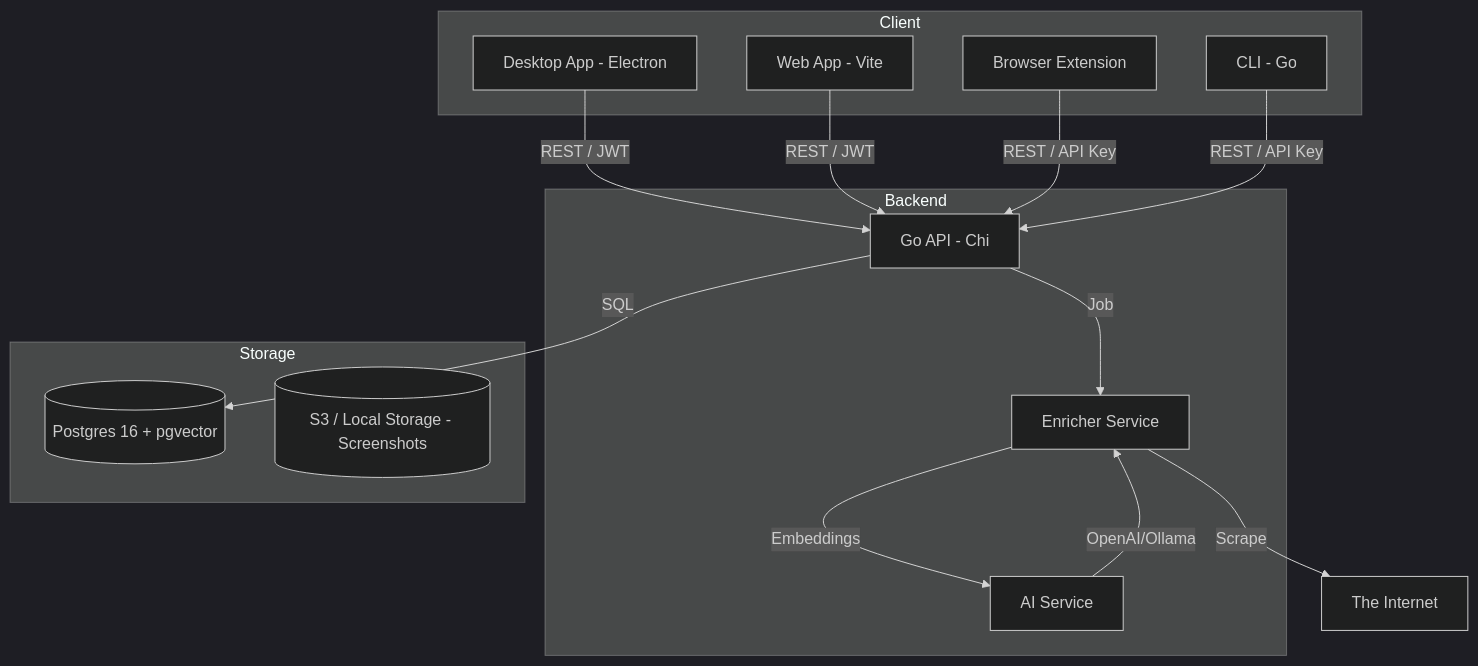
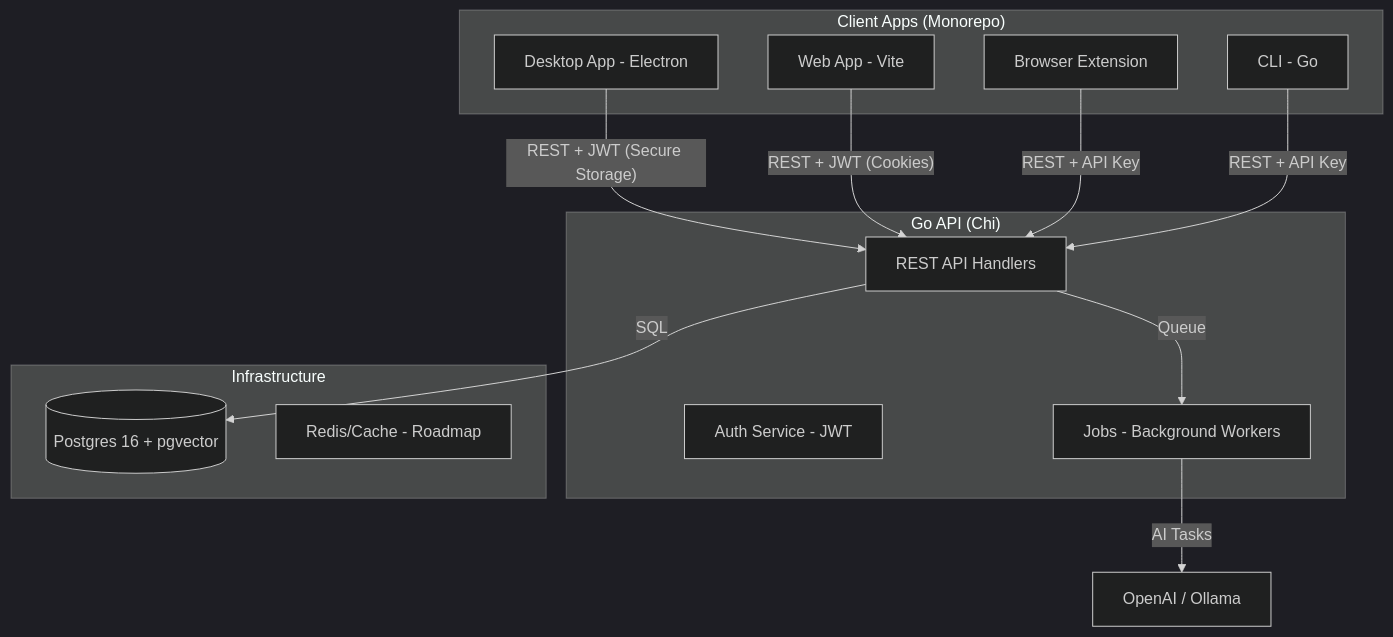
Before and after one commit to tiagofur/dev_deck: the diagram in docs/ARCHITECTURE.md, drawn with Mermaid (dark theme). The commit also changed other lines of this file and 12 other files, not shown here.

Commit message:
fix(backend): fix auth unique constraint and ambiguous columns in cheatsheets

````diff
--- a/docs/ARCHITECTURE.md
+++ b/docs/ARCHITECTURE.md
@@ -11,31 +11,29 @@
 ```mermaid
 graph TD
-    subgraph Client
+    subgraph Client ["Client Apps (Monorepo)"]
         D[Desktop App - Electron]
         W[Web App - Vite]
         E[Browser Extension]
         C[CLI - Go]
     end
 
-    subgraph Backend
-        G[Go API - Chi]
-        E1[Enricher Service]
-        A1[AI Service]
+    subgraph Backend ["Go API (Chi)"]
+        G[REST API Handlers]
+        S[Auth Service - JWT]
+        J[Jobs - Background Workers]
     end
 
-    subgraph Storage
+    subgraph Storage ["Infrastructure"]
         P[(Postgres 16 + pgvector)]
-        S[(S3 / Local Storage - Screenshots)]
+        R[Redis/Cache - Roadmap]
     end
 
-    D -- REST / JWT --> G
-    W -- REST / JWT --> G
-    E -- REST / API Key --> G
-    C -- REST / API Key --> G
+    D -- "REST + JWT (Secure Storage)" --> G
+    W -- "REST + JWT (Cookies)" --> G
+    E -- "REST + API Key" --> G
+    C -- "REST + API Key" --> G
 
     G -- SQL --> P
-    G -- Job --> E1
-    E1 -- Scrape --> Web[The Internet]
-    E1 -- Embeddings --> A1
-    A1 -- OpenAI/Ollama --> E1
+    G -- Queue --> J
+    J -- AI Tasks --> OpenAI[OpenAI / Ollama]
 ```
````
